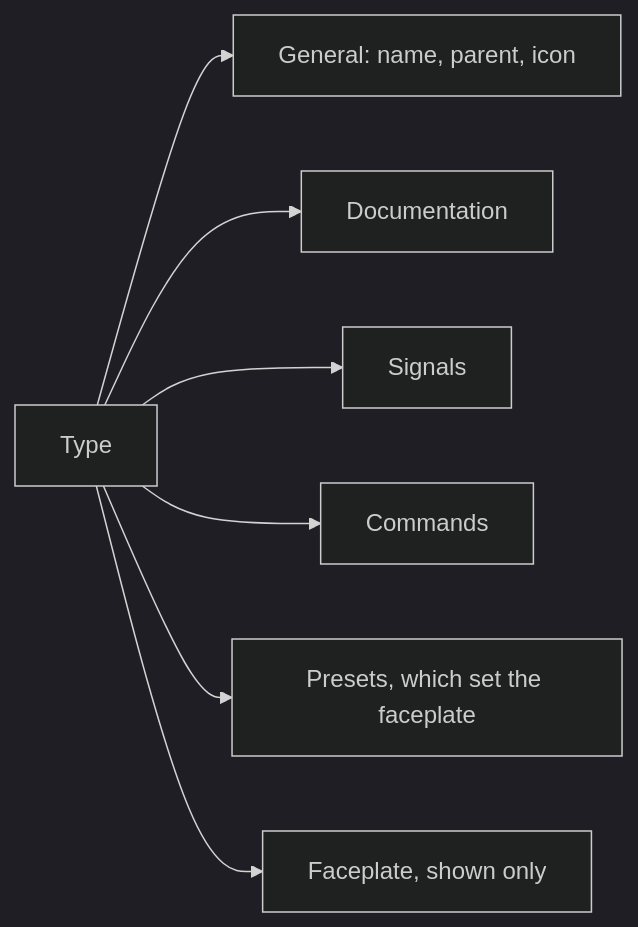
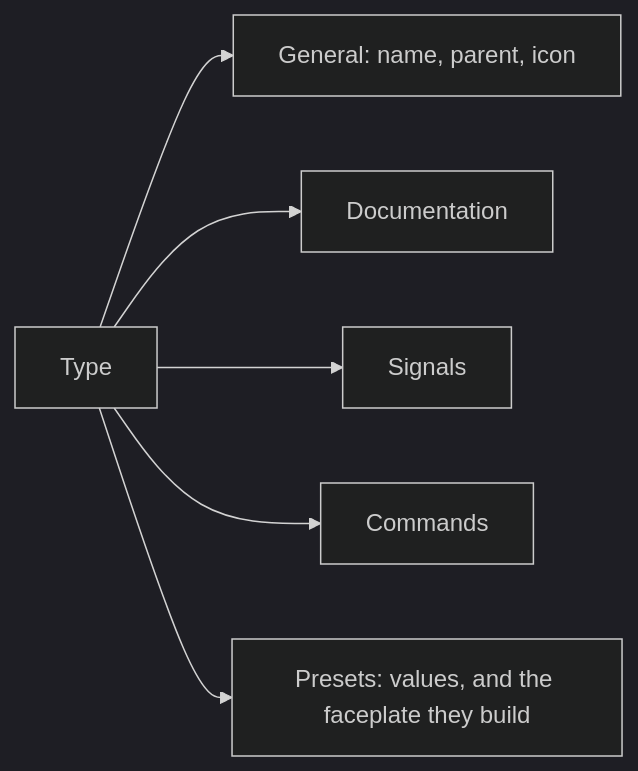
The seventh of 12 diagrams in metadata/01-types.md (AlexandreGallais/synoptic-studio-spec), drawn with Mermaid (dark theme) before and after one commit. The commit also changed other lines of this file and 12 other files, not shown here.

````diff
--- a/metadata/01-types.md
+++ b/metadata/01-types.md
@@ -125,9 +125,8 @@
 ```mermaid
 flowchart LR
     T[Type] --> G[General: name, parent, icon]
     T --> DO[Documentation]
     T --> P[Signals]
     T --> C[Commands]
-    T --> R[Presets, which set the faceplate]
-    T --> F[Faceplate, shown only]
+    T --> R[Presets: values, and the faceplate they build]
 ```
````
